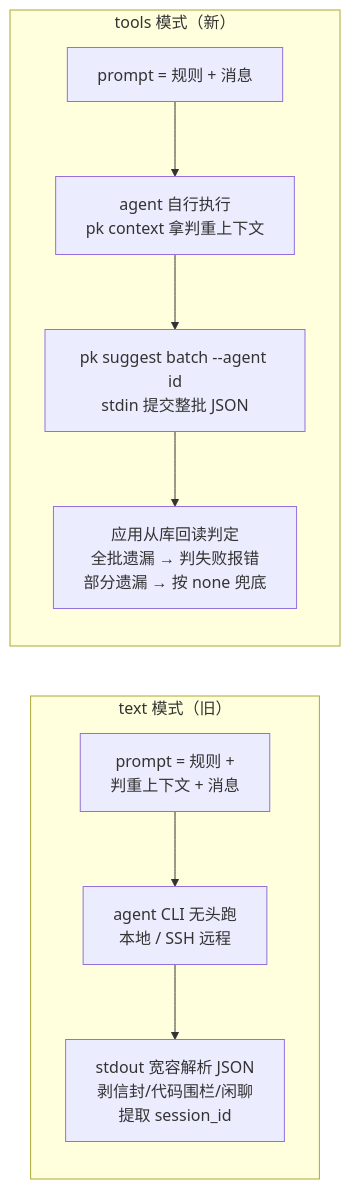
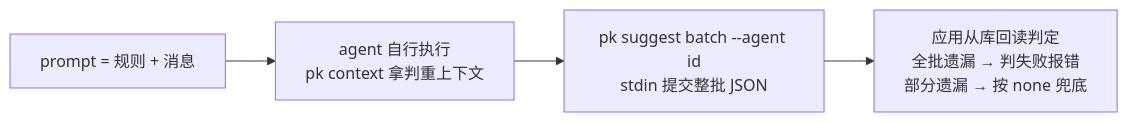
One commit to Jo0OCTsai/pokemon-choose-you changed the third of 4 diagrams in docs/proposals/FEISHU_MESSAGE_ANALYSIS.md. Above: the diagram before and after it, drawn with Mermaid. The commit also changed other lines of this file and 16 other files, not shown here.

````diff
--- a/docs/proposals/FEISHU_MESSAGE_ANALYSIS.md
+++ b/docs/proposals/FEISHU_MESSAGE_ANALYSIS.md
@@ -123,12 +123,6 @@
 ```mermaid
 flowchart LR
-    subgraph TEXT["text 模式（旧）"]
-        B1["prompt = 规则 +<br/>判重上下文 + 消息"] --> C1["agent CLI 无头跑<br/>本地 / SSH 远程"]
-        C1 --> D1["stdout 宽容解析 JSON<br/>剥信封/代码围栏/闲聊<br/>提取 session_id"]
-    end
-    subgraph TOOLS["tools 模式（新）"]
-        B2["prompt = 规则 + 消息"] --> C2["agent 自行执行<br/>pk context 拿判重上下文"]
-        C2 --> E2["pk suggest batch --agent id<br/>stdin 提交整批 JSON"]
-        E2 --> F2["应用从库回读判定<br/>全批遗漏 → 判失败报错<br/>部分遗漏 → 按 none 兜底"]
-    end
+    B2["prompt = 规则 + 消息"] --> C2["agent 自行执行<br/>pk context 拿判重上下文"]
+    C2 --> E2["pk suggest batch --agent id<br/>stdin 提交整批 JSON"]
+    E2 --> F2["应用从库回读判定<br/>全批遗漏 → 判失败报错<br/>部分遗漏 → 按 none 兜底"]
 ```
````
